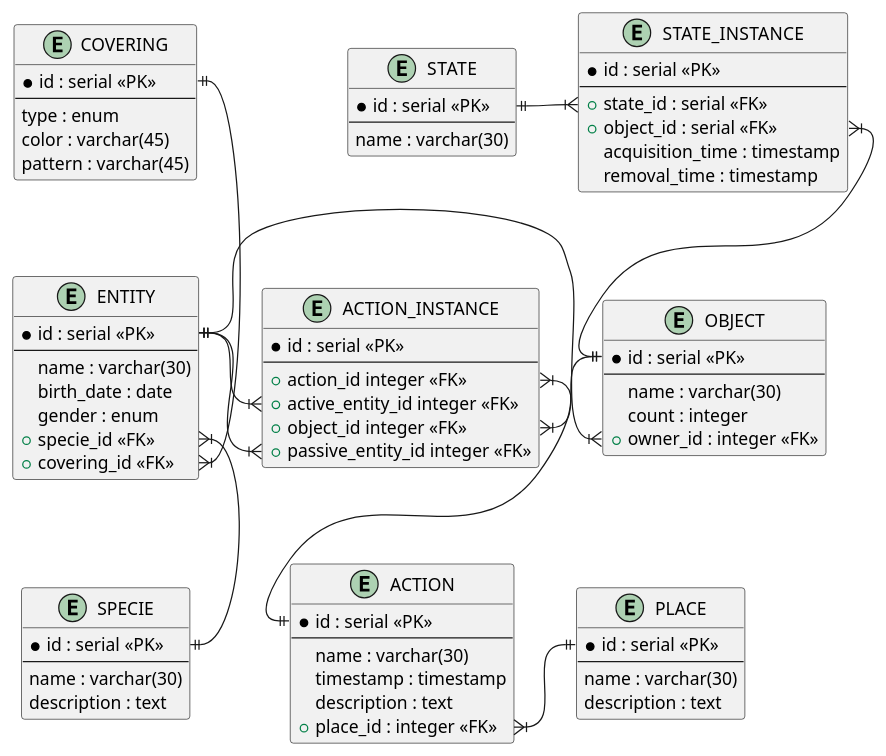
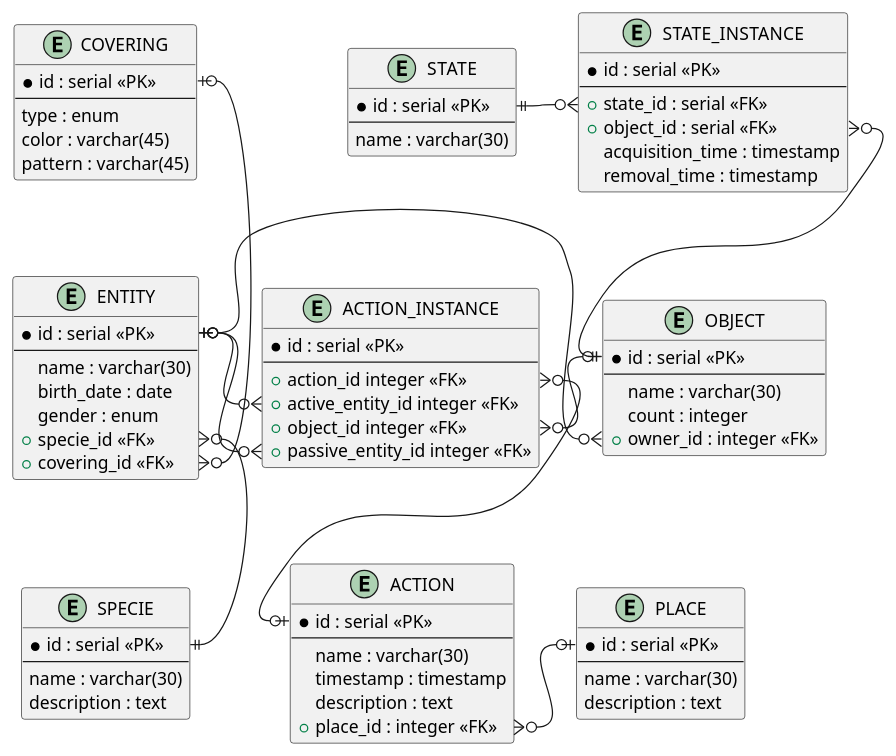
The diagram in databases/1/er-data.puml (MrDvD/itmo_labs), drawn with PlantUML before and after one commit. The commit also changed 2 other files, not shown here.

Commit message:
fix: changed relations in diagrams + generated .pdf

```diff
--- a/databases/1/er-data.puml
+++ b/databases/1/er-data.puml
@@ -1,86 +1,86 @@
 @startuml name
 
 ENTITY ENTITY {
    * id : serial «PK»
    ---
    name : varchar(30)
    birth_date : date
    gender : enum
    + specie_id «FK»
    + covering_id «FK»
 }
 
 ENTITY COVERING {
    * id : serial «PK»
    ---
    type : enum
    color : varchar(45)
    pattern : varchar(45)
 }
 
 ENTITY ACTION {
    * id : serial «PK»
    ---
    name : varchar(30)
    timestamp : timestamp
    description : text
    + place_id : integer «FK»
 }
 
 ENTITY PLACE {
    * id : serial «PK»
    ---
    name : varchar(30)
    description : text
 }
 
 ENTITY OBJECT {
    * id : serial «PK»
    ---
    name : varchar(30)
    count : integer
    + owner_id : integer «FK»
 }
 
 ENTITY STATE {
    * id : serial «PK»
    ---
    name : varchar(30)
 }
 
 ENTITY SPECIE {
    * id : serial «PK»
    ---
    name : varchar(30)
    description : text
 }
 
 ENTITY ACTION_INSTANCE {
    * id : serial «PK»
    ---
    + action_id integer «FK»
    + active_entity_id integer «FK»
    + object_id integer «FK»
    + passive_entity_id integer «FK»
 }
 
 ENTITY STATE_INSTANCE {
    * id : serial «PK»
    ---
    + state_id : serial «FK»
    + object_id : serial «FK»
    acquisition_time : timestamp
    removal_time : timestamp
 }
 
-ENTITY::specie_id }|-d-|| SPECIE::id
-ACTION_INSTANCE::active_entity_id }|-l-|| ENTITY::id
-ACTION_INSTANCE::passive_entity_id }|-d-|| ENTITY::id
-ENTITY::covering_id }|-u-|| COVERING::id
-STATE_INSTANCE::state_id }|-l-|| STATE::id
-STATE_INSTANCE::object_id }|-d-|| OBJECT::id
-ACTION_INSTANCE::action_id }|--|| ACTION::id
-ACTION_INSTANCE::object_id }|-r-|| OBJECT::id
-ACTION::place_id }|-r-|| PLACE::id
-OBJECT::owner_id }|-l-|| ENTITY::id
+ENTITY::specie_id }o-d-|| SPECIE::id
+ACTION_INSTANCE::active_entity_id }o-l-o| ENTITY::id
+ACTION_INSTANCE::passive_entity_id }o-d-o| ENTITY::id
+ENTITY::covering_id }o-u-o| COVERING::id
+STATE_INSTANCE::state_id }o-l-|| STATE::id
+STATE_INSTANCE::object_id }o-d-|| OBJECT::id
+ACTION_INSTANCE::action_id }o--o| ACTION::id
+ACTION_INSTANCE::object_id }o-r-o| OBJECT::id
+ACTION::place_id }o-r-o| PLACE::id
+OBJECT::owner_id }o-l-o| ENTITY::id
 @enduml
```
